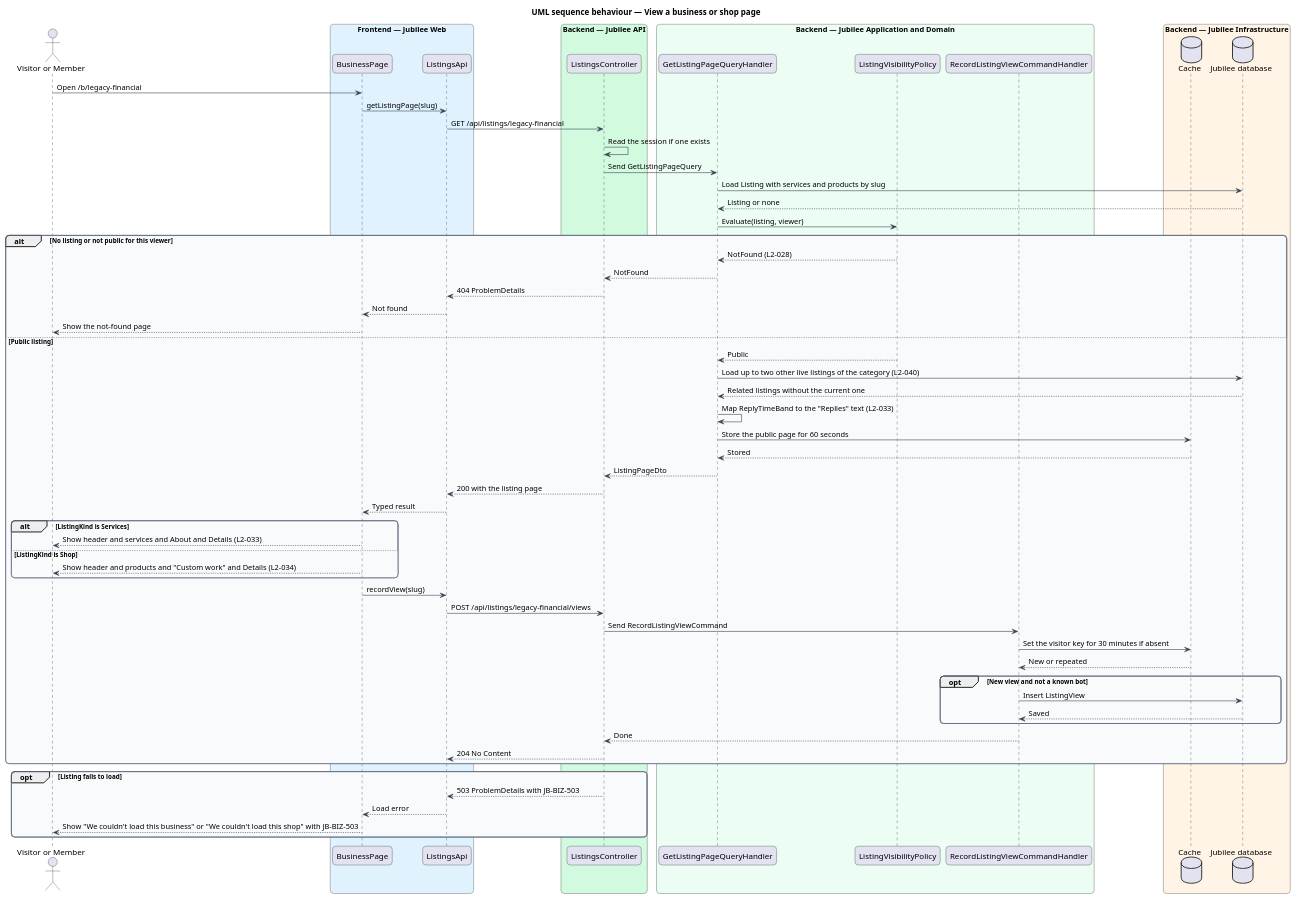
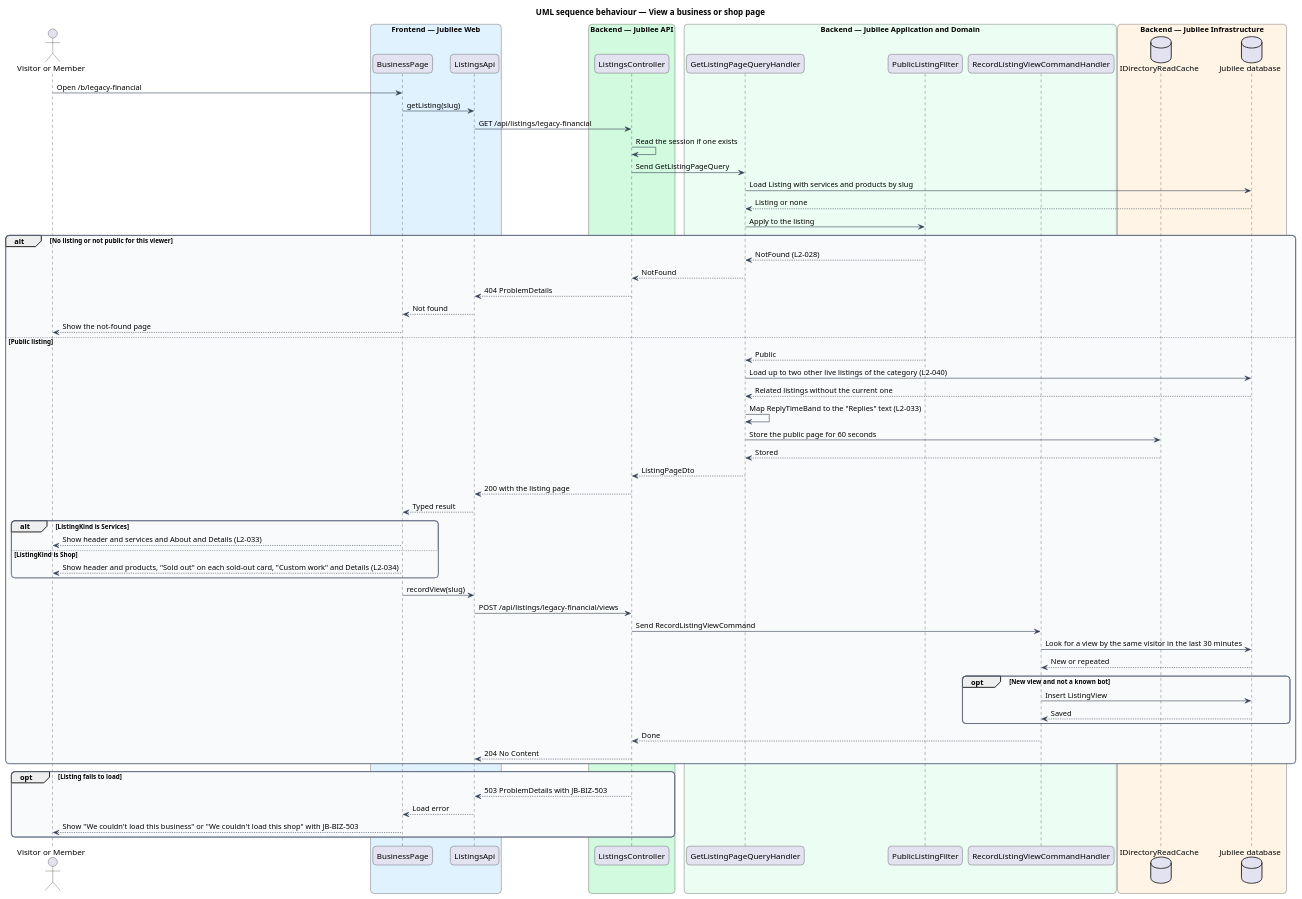
Before and after one commit to QuinntyneBrown/jubilee: the diagram in docs/detailed-designs/listings/view-business-page/diagrams/sequence-view-listing.puml, drawn with PlantUML. The commit also changed 28 other files, not shown here.

First line of the commit message:
Specify the rest of journey 2: sold-out cards, the preview status, back-in-stock notices

```diff
--- a/docs/detailed-designs/listings/view-business-page/diagrams/sequence-view-listing.puml
+++ b/docs/detailed-designs/listings/view-business-page/diagrams/sequence-view-listing.puml
@@ -1,80 +1,80 @@
 @startuml
 title UML sequence behaviour — View a business or shop page
 skinparam backgroundColor #FFFFFF
 skinparam shadowing false
 skinparam roundcorner 12
 skinparam defaultFontName Arial
 skinparam ArrowColor #344054
 skinparam rectangle {
   BorderColor #344054
   FontColor #101828
 }
 skinparam package {
   BorderColor #667085
   FontColor #101828
   BackgroundColor #F9FAFB
 }
 actor "Visitor or Member" as actor
 box "Frontend — Jubilee Web" #E0F2FE
   participant "BusinessPage" as page
   participant "ListingsApi" as client
 end box
 box "Backend — Jubilee API" #D1FADF
   participant "ListingsController" as controller
 end box
 box "Backend — Jubilee Application and Domain" #ECFDF3
   participant "GetListingPageQueryHandler" as handler
-  participant "ListingVisibilityPolicy" as policy
+  participant "PublicListingFilter" as policy
   participant "RecordListingViewCommandHandler" as views
 end box
 box "Backend — Jubilee Infrastructure" #FFF4E5
-  database "Cache" as cache
+  database "IDirectoryReadCache" as cache
   database "Jubilee database" as db
 end box
 actor -> page : Open /b/legacy-financial
-page -> client : getListingPage(slug)
+page -> client : getListing(slug)
 client -> controller : GET /api/listings/legacy-financial
 controller -> controller : Read the session if one exists
 controller -> handler : Send GetListingPageQuery
 handler -> db : Load Listing with services and products by slug
 db --> handler : Listing or none
-handler -> policy : Evaluate(listing, viewer)
+handler -> policy : Apply to the listing
 alt No listing or not public for this viewer
   policy --> handler : NotFound (L2-028)
   handler --> controller : NotFound
   controller --> client : 404 ProblemDetails
   client --> page : Not found
   page --> actor : Show the not-found page
 else Public listing
   policy --> handler : Public
   handler -> db : Load up to two other live listings of the category (L2-040)
   db --> handler : Related listings without the current one
   handler -> handler : Map ReplyTimeBand to the "Replies" text (L2-033)
   handler -> cache : Store the public page for 60 seconds
   cache --> handler : Stored
   handler --> controller : ListingPageDto
   controller --> client : 200 with the listing page
   client --> page : Typed result
   alt ListingKind is Services
     page --> actor : Show header and services and About and Details (L2-033)
   else ListingKind is Shop
-    page --> actor : Show header and products and "Custom work" and Details (L2-034)
+    page --> actor : Show header and products, "Sold out" on each sold-out card, "Custom work" and Details (L2-034)
   end
   page -> client : recordView(slug)
   client -> controller : POST /api/listings/legacy-financial/views
   controller -> views : Send RecordListingViewCommand
-  views -> cache : Set the visitor key for 30 minutes if absent
-  cache --> views : New or repeated
+  views -> db : Look for a view by the same visitor in the last 30 minutes
+  db --> views : New or repeated
   opt New view and not a known bot
     views -> db : Insert ListingView
     db --> views : Saved
   end
   views --> controller : Done
   controller --> client : 204 No Content
 end
 opt Listing fails to load
   controller --> client : 503 ProblemDetails with JB-BIZ-503
   client --> page : Load error
   page --> actor : Show "We couldn't load this business" or "We couldn't load this shop" with JB-BIZ-503
 end
 @enduml
```
